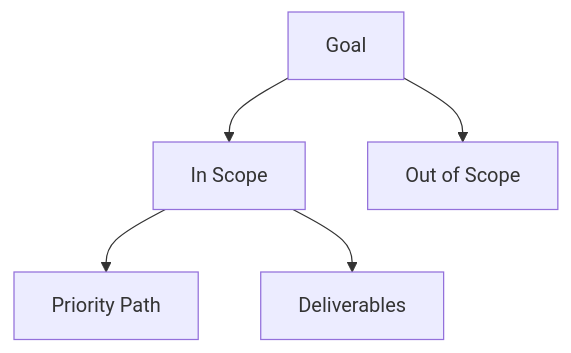
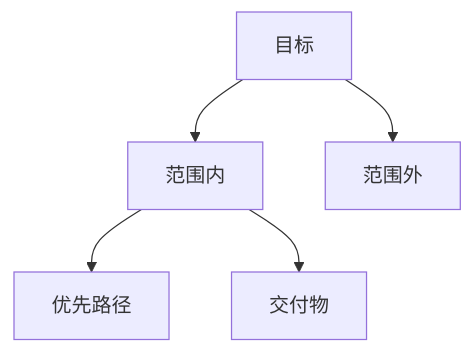
One commit to WangXianan456/repo-global-map changed the diagram in templates/00-intake.md. Above: the diagram before and after it, drawn with Mermaid. The commit also changed other lines of this file and 16 other files, not shown here.

````diff
--- a/templates/00-intake.md
+++ b/templates/00-intake.md
@@ -32,7 +32,7 @@
 ```mermaid
 flowchart TD
-Goal[Goal] --> Scope[In Scope]
-Goal --> OutScope[Out of Scope]
-Scope --> Path[Priority Path]
-Scope --> Deliverable[Deliverables]
+Goal[目标] --> Scope[范围内]
+Goal --> OutScope[范围外]
+Scope --> Path[优先路径]
+Scope --> Deliverable[交付物]
 ```
````
